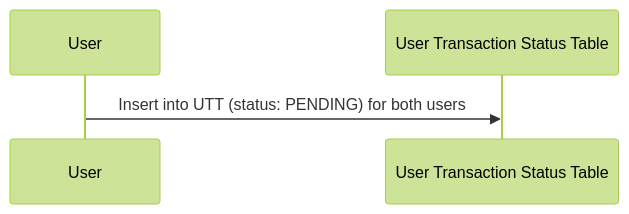
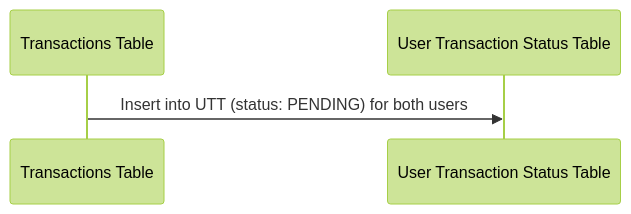
Before and after one commit to Loknong/book-exchange: the fourth of 12 diagrams in documents/Exchange.flow.md, drawn with Mermaid (forest theme). The commit also changed other lines of this file, not shown here.

````diff
--- a/documents/Exchange.flow.md
+++ b/documents/Exchange.flow.md
@@ -144,7 +158,7 @@
 ```mermaid
 sequenceDiagram
-    participant User
+    participant TransactionsTable as Transactions Table
     participant UserTransactionStatusTable as User Transaction Status Table
 
-    User->>UserTransactionStatusTable: Insert into UTT (status: PENDING) for both users
+    TransactionsTable->>UserTransactionStatusTable: Insert into UTT (status: PENDING) for both users
 ```
````
